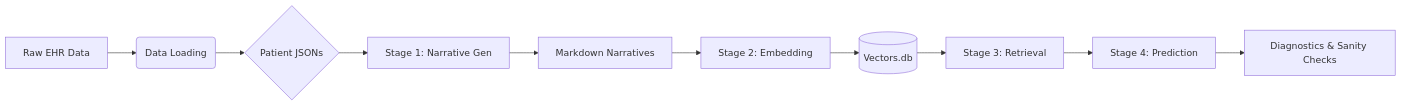
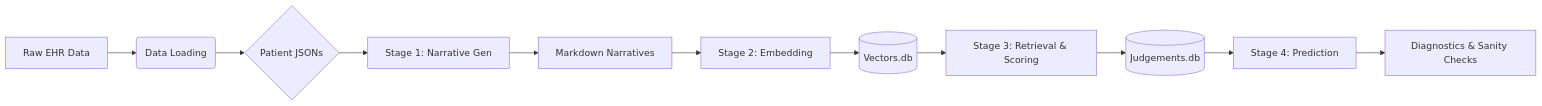
Before and after one commit to Pirate-Hunter-Zoro/Atlas: the first of 2 diagrams in research/TRD-EHR/README.md, drawn with Mermaid.

Commit message:
readme update;

````diff
--- a/research/TRD-EHR/README.md
+++ b/research/TRD-EHR/README.md
@@ -8,14 +8,15 @@
 ```mermaid
 graph LR
     A[Raw EHR Data] --> B(Data Loading)
     B --> C{Patient JSONs}
     C --> D[Stage 1: Narrative Gen]
     D --> E[Markdown Narratives]
     E --> F[Stage 2: Embedding]
     F --> G[(Vectors.db)]
-    G --> H[Stage 3: Retrieval]
-    H --> I[Stage 4: Prediction]
-    I --> J[Diagnostics & Sanity Checks]
+    G --> H[Stage 3: Retrieval & Scoring]
+    H --> I[(Judgements.db)]
+    I --> J[Stage 4: Prediction]
+    J --> K[Diagnostics & Sanity Checks]
 
 
 ```
````
